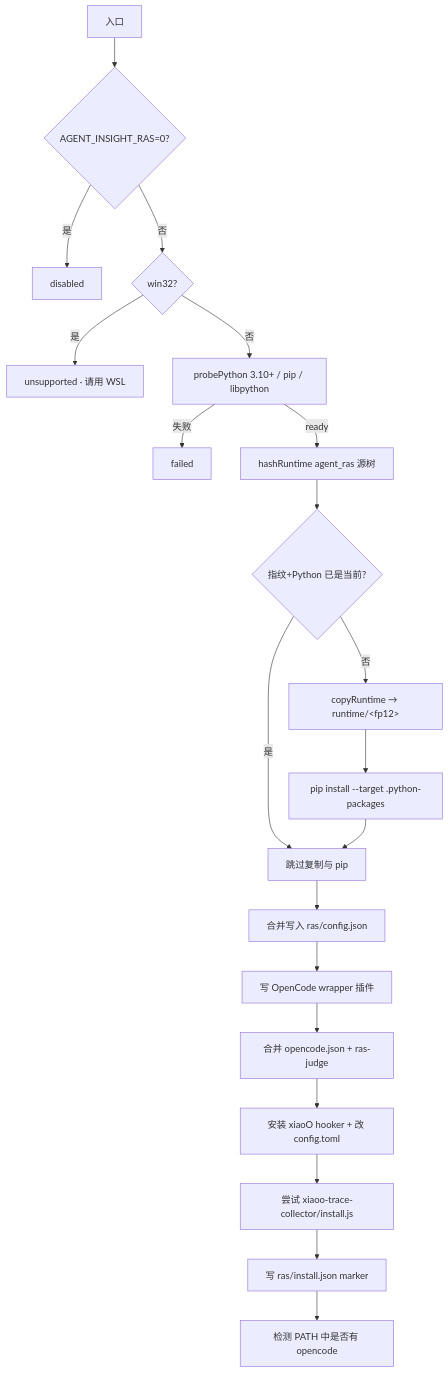
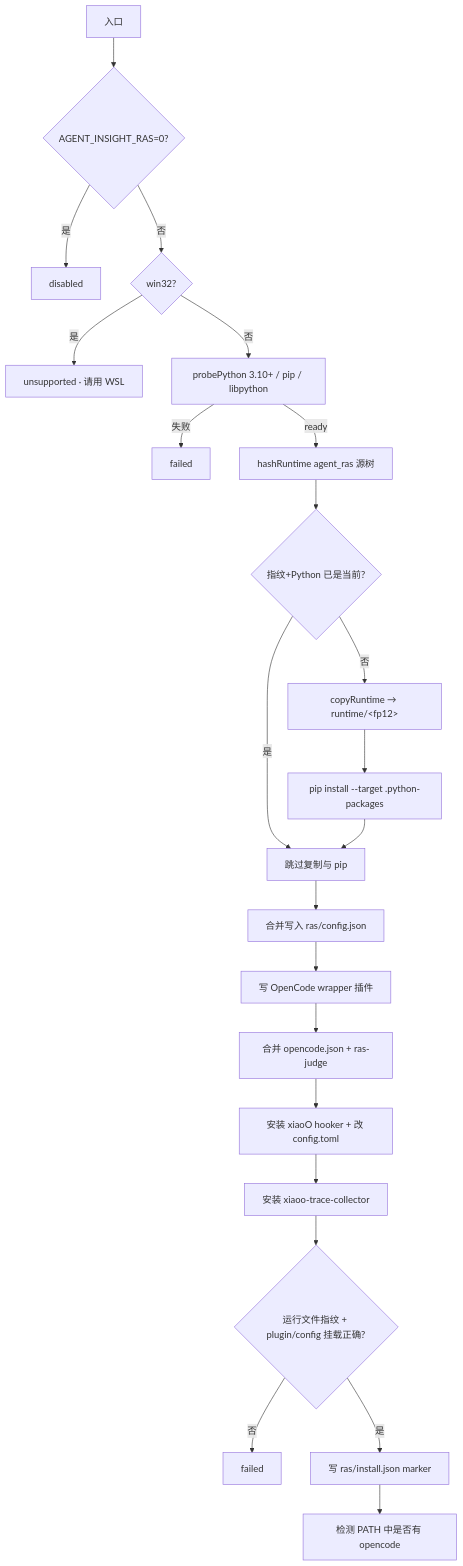
One commit to openeuler-mirror/agent-insight changed the third of 4 diagrams in docs/agent-ras/guides/local-install-process.md. Above: the diagram before and after it, drawn with Mermaid. The commit also changed other lines of this file and 8 other files, not shown here.

````diff
--- a/docs/agent-ras/guides/local-install-process.md
+++ b/docs/agent-ras/guides/local-install-process.md
@@ -178,22 +178,24 @@
 ```mermaid
 flowchart TD
   A[入口] --> B{AGENT_INSIGHT_RAS=0?}
   B -->|是| Z1[disabled]
   B -->|否| C{win32?}
   C -->|是| Z2[unsupported · 请用 WSL]
   C -->|否| D[probePython 3.10+ / pip / libpython]
   D -->|失败| Z3[failed]
   D -->|ready| E[hashRuntime agent_ras 源树]
   E --> F{指纹+Python 已是当前?}
   F -->|否| G[copyRuntime → runtime/&lt;fp12&gt;]
   G --> H[pip install --target .python-packages]
   F -->|是| I[跳过复制与 pip]
   H --> I
   I --> J[合并写入 ras/config.json]
   J --> K[写 OpenCode wrapper 插件]
   K --> L[合并 opencode.json + ras-judge]
   L --> M[安装 xiaoO hooker + 改 config.toml]
-  M --> N[尝试 xiaoo-trace-collector/install.js]
-  N --> O[写 ras/install.json marker]
+  M --> N[安装 xiaoo-trace-collector]
+  N --> N1{运行文件指纹 + plugin/config 挂载正确?}
+  N1 -->|否| Z4[failed]
+  N1 -->|是| O[写 ras/install.json marker]
   O --> P[检测 PATH 中是否有 opencode]
 ```
````
